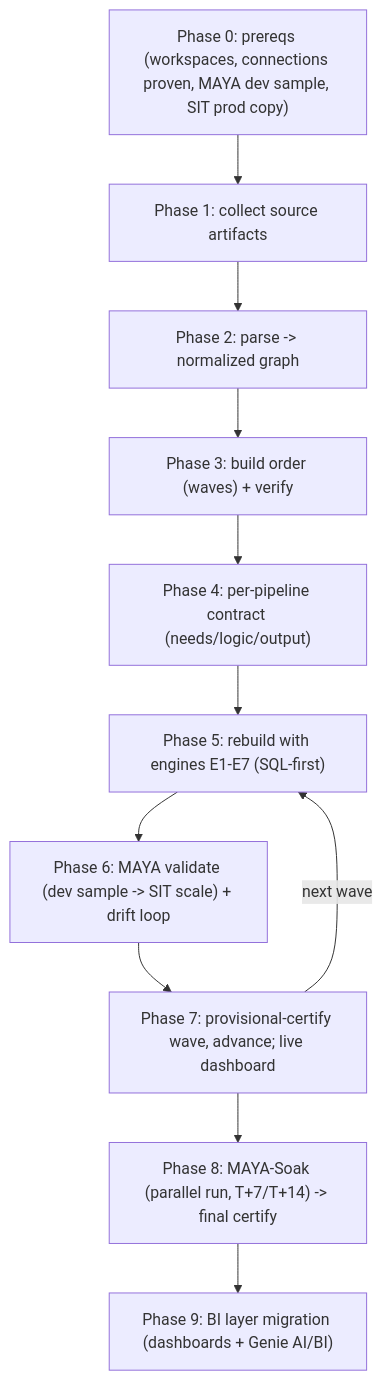
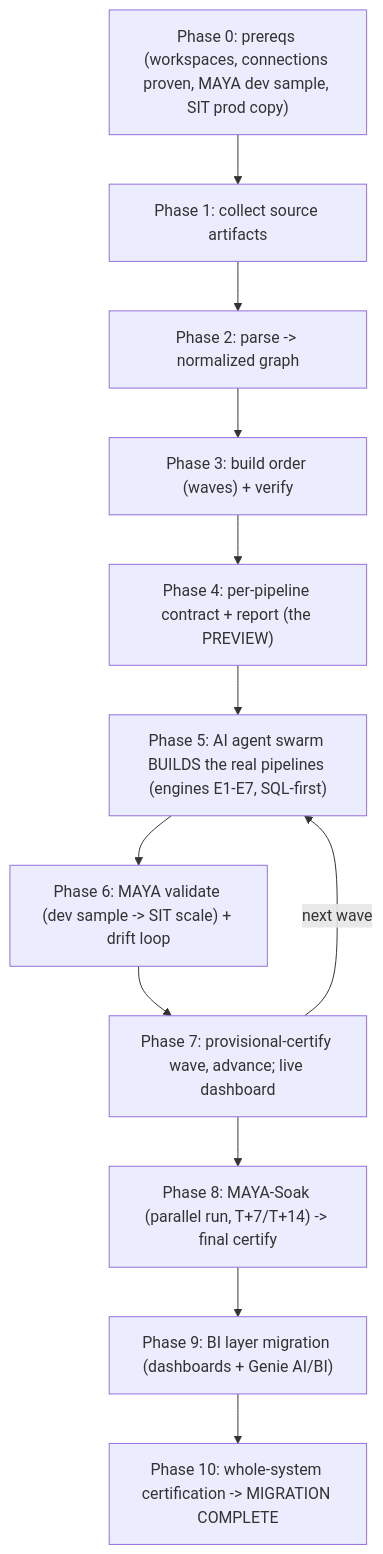
The diagram in docs/01_methodology.md (vasutechgenie/maya-migrate-to-databricks), drawn with Mermaid before and after one commit. The commit also changed other lines of this file and 12 other files, not shown here.

First line of the commit message:
feat: tell the full MAYA arc (preview -> agent-swarm build -> whole-system certification)

````diff
--- a/docs/01_methodology.md
+++ b/docs/01_methodology.md
@@ -8,15 +8,16 @@
 ```mermaid
 flowchart TD
   p0["Phase 0: prereqs (workspaces, connections proven, MAYA dev sample, SIT prod copy)"]
   p1["Phase 1: collect source artifacts"]
   p2["Phase 2: parse -> normalized graph"]
   p3["Phase 3: build order (waves) + verify"]
-  p4["Phase 4: per-pipeline contract (needs/logic/output)"]
-  p5["Phase 5: rebuild with engines E1-E7 (SQL-first)"]
+  p4["Phase 4: per-pipeline contract + report (the PREVIEW)"]
+  p5["Phase 5: AI agent swarm BUILDS the real pipelines (engines E1-E7, SQL-first)"]
   p6["Phase 6: MAYA validate (dev sample -> SIT scale) + drift loop"]
   p7["Phase 7: provisional-certify wave, advance; live dashboard"]
   p8["Phase 8: MAYA-Soak (parallel run, T+7/T+14) -> final certify"]
   p9["Phase 9: BI layer migration (dashboards + Genie AI/BI)"]
-  p0 --> p1 --> p2 --> p3 --> p4 --> p5 --> p6 --> p7 --> p8 --> p9
+  p10["Phase 10: whole-system certification -> MIGRATION COMPLETE"]
+  p0 --> p1 --> p2 --> p3 --> p4 --> p5 --> p6 --> p7 --> p8 --> p9 --> p10
   p7 -->|"next wave"| p5
 ```
````
